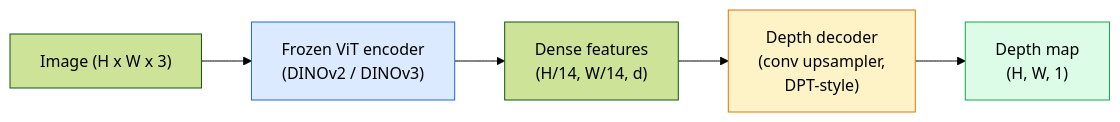
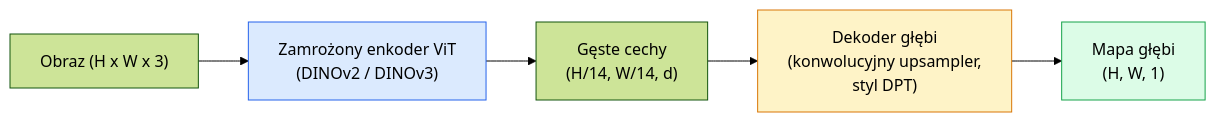
The diagram in phases/04-computer-vision/26-monocular-depth/docs/en.md (hublorx/ai-engineering-from-scratch), drawn with Mermaid (forest theme) before and after one commit. The commit also changed other lines of this file and 27 other files, not shown here.

````diff
--- a/phases/04-computer-vision/26-monocular-depth/docs/en.md
+++ b/phases/04-computer-vision/26-monocular-depth/docs/en.md
@@ -36,11 +36,11 @@
 ```mermaid
 flowchart LR
-    IMG["Image (H x W x 3)"] --> ENC["Frozen ViT encoder<br/>(DINOv2 / DINOv3)"]
-    ENC --> FEATS["Dense features<br/>(H/14, W/14, d)"]
-    FEATS --> DEC["Depth decoder<br/>(conv upsampler,<br/>DPT-style)"]
-    DEC --> DEPTH["Depth map<br/>(H, W, 1)"]
+    IMG["Obraz (H x W x 3)"] --> ENC["Zamrożony enkoder ViT<br/>(DINOv2 / DINOv3)"]
+    ENC --> FEATS["Gęste cechy<br/>(H/14, W/14, d)"]
+    FEATS --> DEC["Dekoder głębi<br/>(konwolucyjny upsampler,<br/>styl DPT)"]
+    DEC --> DEPTH["Mapa głębi<br/>(H, W, 1)"]
 
     style ENC fill:#dbeafe,stroke:#2563eb
     style DEC fill:#fef3c7,stroke:#d97706
     style DEPTH fill:#dcfce7,stroke:#16a34a
 ```
````
